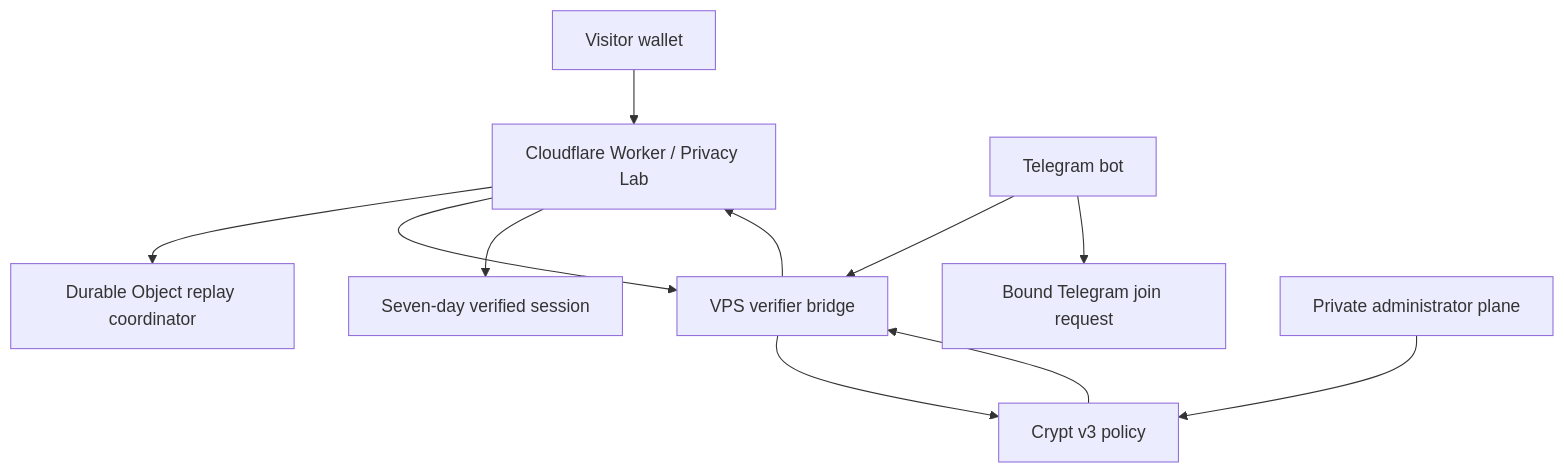
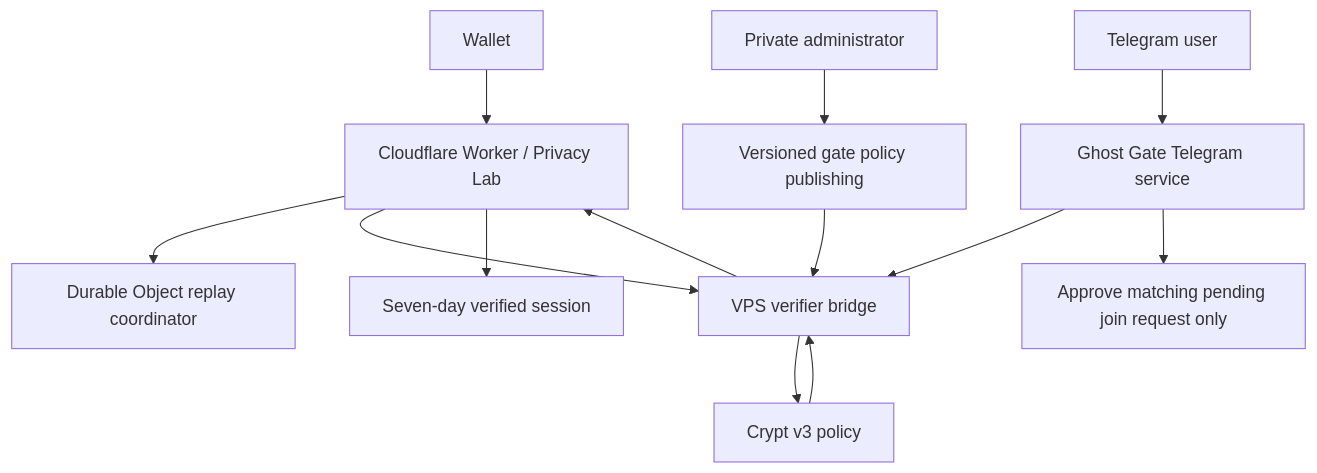
The diagram in docs/ARCHITECTURE.md (GSXRspartan/Ghost-Gate), drawn with Mermaid before and after one commit. The commit also changed other lines of this file and 3 other files, not shown here.

````diff
--- a/docs/ARCHITECTURE.md
+++ b/docs/ARCHITECTURE.md
@@ -5,13 +5,15 @@
 ```mermaid
 flowchart TD
-  U[Visitor wallet] --> W[Cloudflare Worker / Privacy Lab]
+  U[Wallet] --> W[Cloudflare Worker / Privacy Lab]
   W --> R[Durable Object replay coordinator]
   W --> B[VPS verifier bridge]
   B --> G[Crypt v3 policy]
   G --> B
   B --> W
   W --> A[Seven-day verified session]
-  TG[Telegram bot] --> B
-  TG --> JR[Bound Telegram join request]
-  ADM[Private administrator plane] --> G
+  TG[Telegram user] --> BOT[Ghost Gate Telegram service]
+  BOT --> B
+  BOT --> JR[Approve matching pending join request only]
+  ADM[Private administrator] --> P[Versioned gate policy publishing]
+  P --> B
 ```
````
